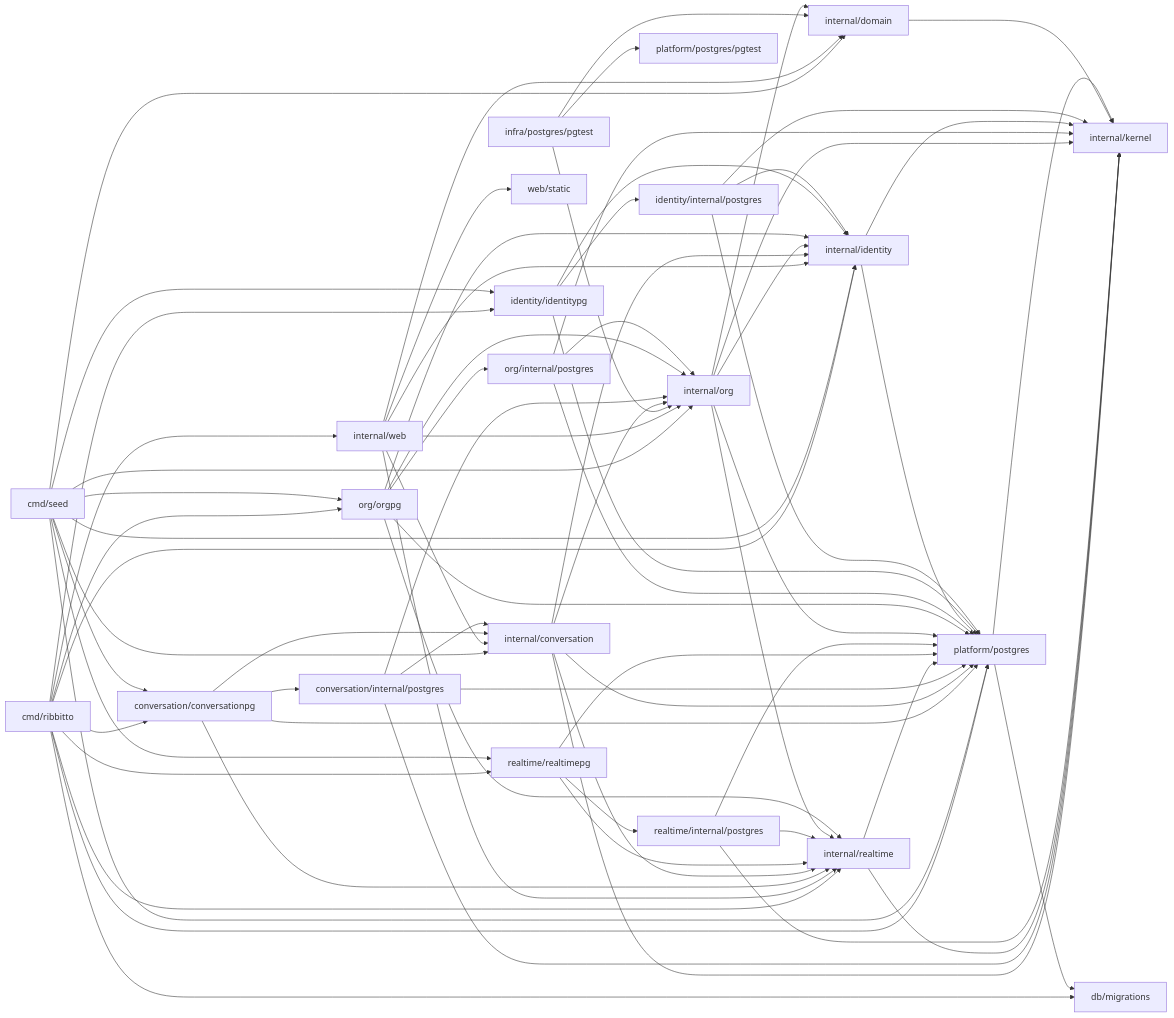
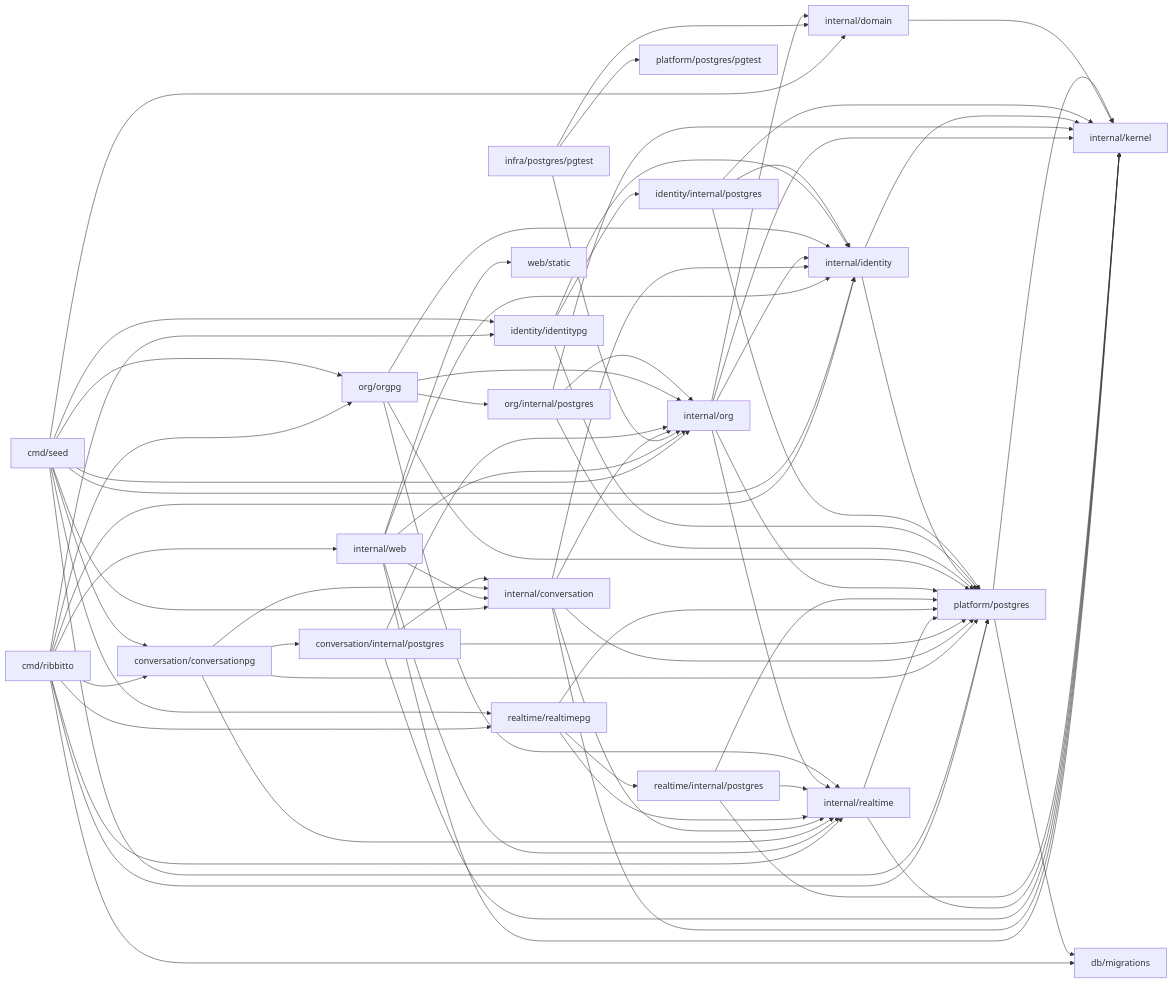
Before and after one commit to tkakkie/ribbitto: the diagram in docs/architecture/packages.md, drawn with Mermaid. The commit also changed other lines of this file and 15 other files, not shown here.

Commit message:
refactor(web): use kernel.ID in handlers and views

````diff
--- a/docs/architecture/packages.md
+++ b/docs/architecture/packages.md
@@ -38,21 +38,21 @@
 ```mermaid
 flowchart LR
   cmd[cmd/ribbitto] --> web & orgpg[org/orgpg] & conversationpg[conversation/conversationpg] & identity & identitypg[identity/identitypg] & realtimepg & realtime & platform[platform/postgres] & migrations[db/migrations]
   seed[cmd/seed] --> conversation & conversationpg & org & orgpg & identity & identitypg & realtimepg & platform & domain
-  web[internal/web] --> org & conversation & identity & domain & realtime & static[web/static]
+  web[internal/web] --> org & conversation & identity & kernel & realtime & static[web/static]
   postgres[infra/postgres/pgtest] --> org & domain & platformpgtest[platform/postgres/pgtest]
   conversationpg --> conversation[internal/conversation] & cstore[conversation/internal/postgres] & realtime & platform
   conversation --> identity & org & realtime & kernel & platform
   cstore --> conversation & org & platform & kernel
   realtime[internal/realtime] --> kernel & platform
   realtimepg[realtime/realtimepg] --> realtime & rstore[realtime/internal/postgres] & platform
   rstore --> realtime & platform & kernel
   org[internal/org] --> identity & realtime & domain & kernel & platform
   orgpg --> org & ostore[org/internal/postgres] & platform & identity & realtime
   ostore --> org & platform & kernel
   identity[internal/identity] --> kernel & platform
   identitypg --> identity & store[identity/internal/postgres] & platform
   store --> identity & platform & kernel
   domain[internal/domain] --> kernel[internal/kernel]
   platform --> kernel & migrations
 ```
````
